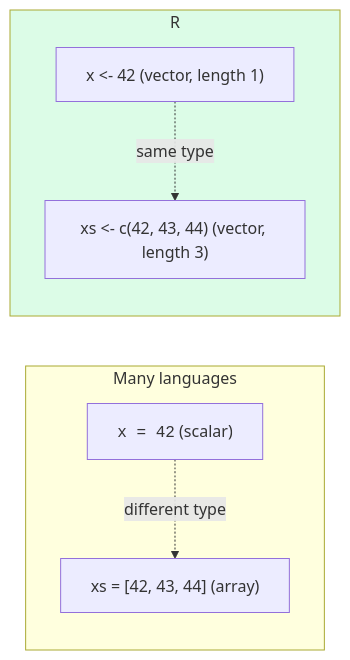
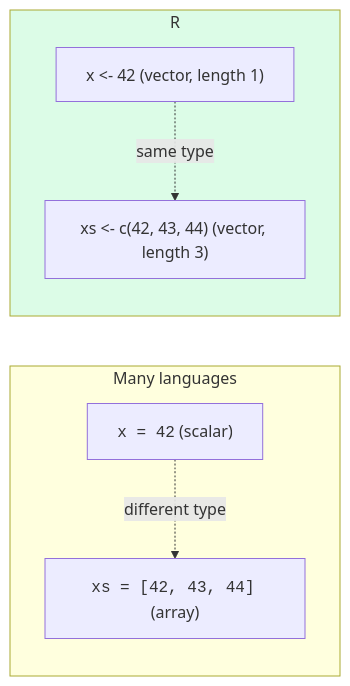
The first of 2 diagrams in content/learn/practical-r-for-beginners/vectors-everywhere.mdx (dataslope/dataslope), drawn with Mermaid before and after one commit. The commit also changed 56 other files, not shown here.

````diff
--- a/content/learn/practical-r-for-beginners/vectors-everywhere.mdx
+++ b/content/learn/practical-r-for-beginners/vectors-everywhere.mdx
@@ -53,14 +53,14 @@
 ```mermaid
 flowchart LR
   subgraph other["Many languages"]
     A1["<code>x = 42</code> (scalar)"]
-    A2["xs = [42, 43, 44] (array)"]
+    A2["<code>xs = [42, 43, 44]</code> (array)"]
     A1 -.different type.-> A2
   end
   subgraph R["R"]
     B1["x <- 42 (vector, length 1)"]
     B2["xs <- c(42, 43, 44) (vector, length 3)"]
     B1 -.same type.-> B2
   end
   style R fill:#dcfce7
 ```
````
